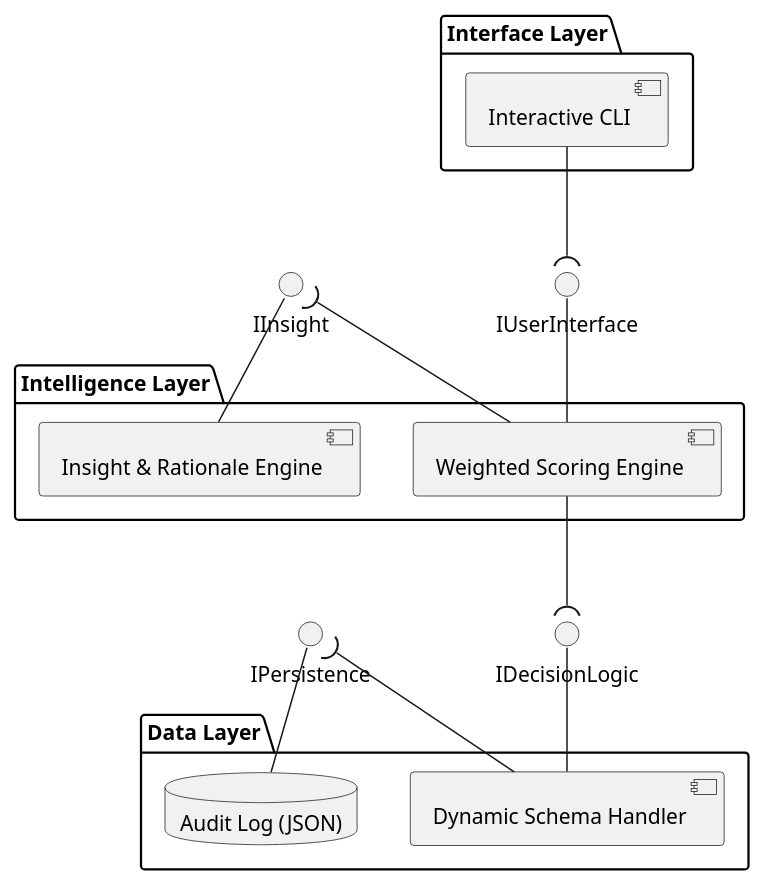
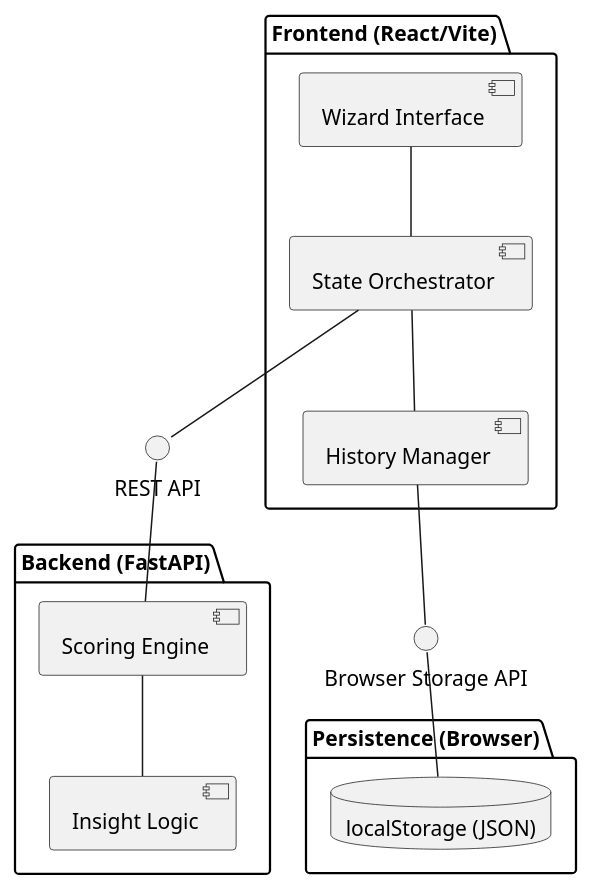
Before and after one commit to jagathkiran/decision-companion: the diagram in diagrams/component.puml, drawn with PlantUML. The commit also changed 10 other files, not shown here.

Commit message:
docs: update design to local persistent storage for decisions

```diff
--- a/diagrams/component.puml
+++ b/diagrams/component.puml
@@ -1,36 +1,33 @@
 @startuml
 skinparam monochrome true
 skinparam shadowing false
 
-package "Interface Layer" {
-  [Interactive CLI] as CLI
+package "Frontend (React/Vite)" {
+  [Wizard Interface] as UI
+  [History Manager] as HM
+  [State Orchestrator] as SO
 }
 
-package "Intelligence Layer" {
-  [Weighted Scoring Engine] as WSE
-  [Insight & Rationale Engine] as IRE
+package "Backend (FastAPI)" {
+  [Scoring Engine] as SE
+  [Insight Logic] as IL
 }
 
-package "Data Layer" {
-  database "Audit Log (JSON)" as JSON
-  [Dynamic Schema Handler] as SCHEMA
+package "Persistence (Browser)" {
+  database "localStorage (JSON)" as STORAGE
 }
 
-() "IUserInterface" as I_UI
-() "IDecisionLogic" as I_DL
-() "IInsight" as I_INS
-() "IPersistence" as I_PER
+' Interface points
+() "REST API" as API
+() "Browser Storage API" as STORAGE_API
 
-CLI --( I_UI
-I_UI -- WSE
+UI -- SO
+SO -- API
+API -- SE
+SE -- IL
 
-WSE --( I_INS
-I_INS -- IRE
-
-WSE --( I_DL
-I_DL -- SCHEMA
-
-SCHEMA --( I_PER
-I_PER -- JSON
+SO -- HM
+HM -- STORAGE_API
+STORAGE_API -- STORAGE
 
 @enduml
```
